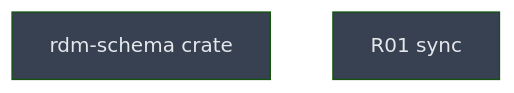
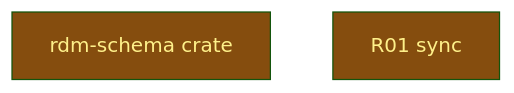
The diagram in __roadmap__/m0b-domain-model-spec/read/crate/README.md (CrackingShells/cracking-shells-playbook), drawn with Mermaid (forest theme) before and after one commit. The commit also changed other lines of this file and 1 other file, not shown here.

Commit message:
chore(roadmap): close the m0b read model and start the crate level

````diff
--- a/__roadmap__/m0b-domain-model-spec/read/crate/README.md
+++ b/__roadmap__/m0b-domain-model-spec/read/crate/README.md
@@ -19,10 +19,10 @@
 ```mermaid
 graph TD
-    rdm_schema_crate[rdm-schema crate]:::planned
-    r01_sync[R01 sync]:::planned
+    rdm_schema_crate[rdm-schema crate]:::inprogress
+    r01_sync[R01 sync]:::inprogress
     classDef done       fill:#166534,color:#bbf7d0
     classDef inprogress fill:#854d0e,color:#fef08a
     classDef planned    fill:#374151,color:#e5e7eb
     classDef amendment  fill:#1e3a5f,color:#bfdbfe
     classDef blocked    fill:#7f1d1d,color:#fecaca
 ```
````
